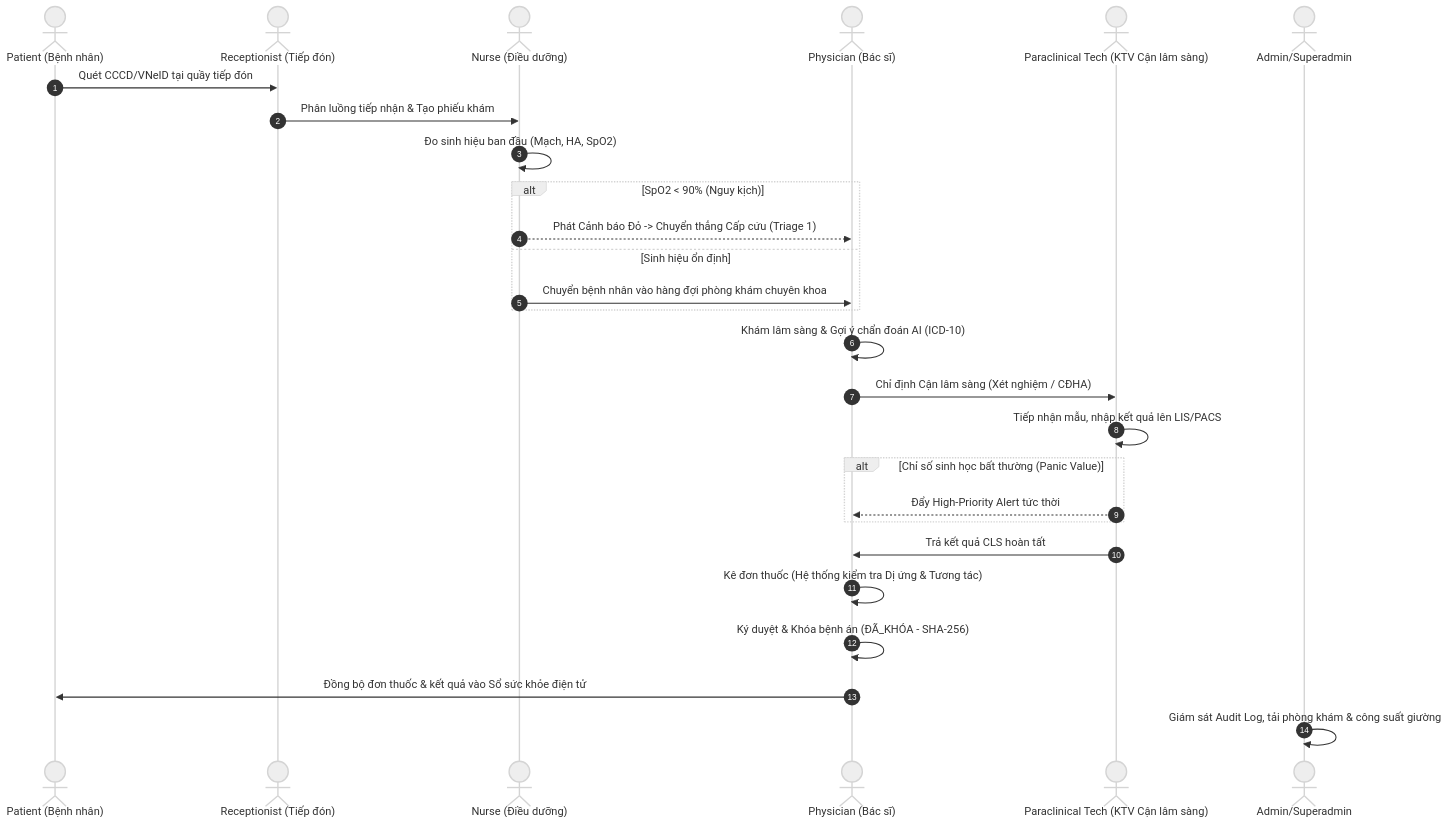
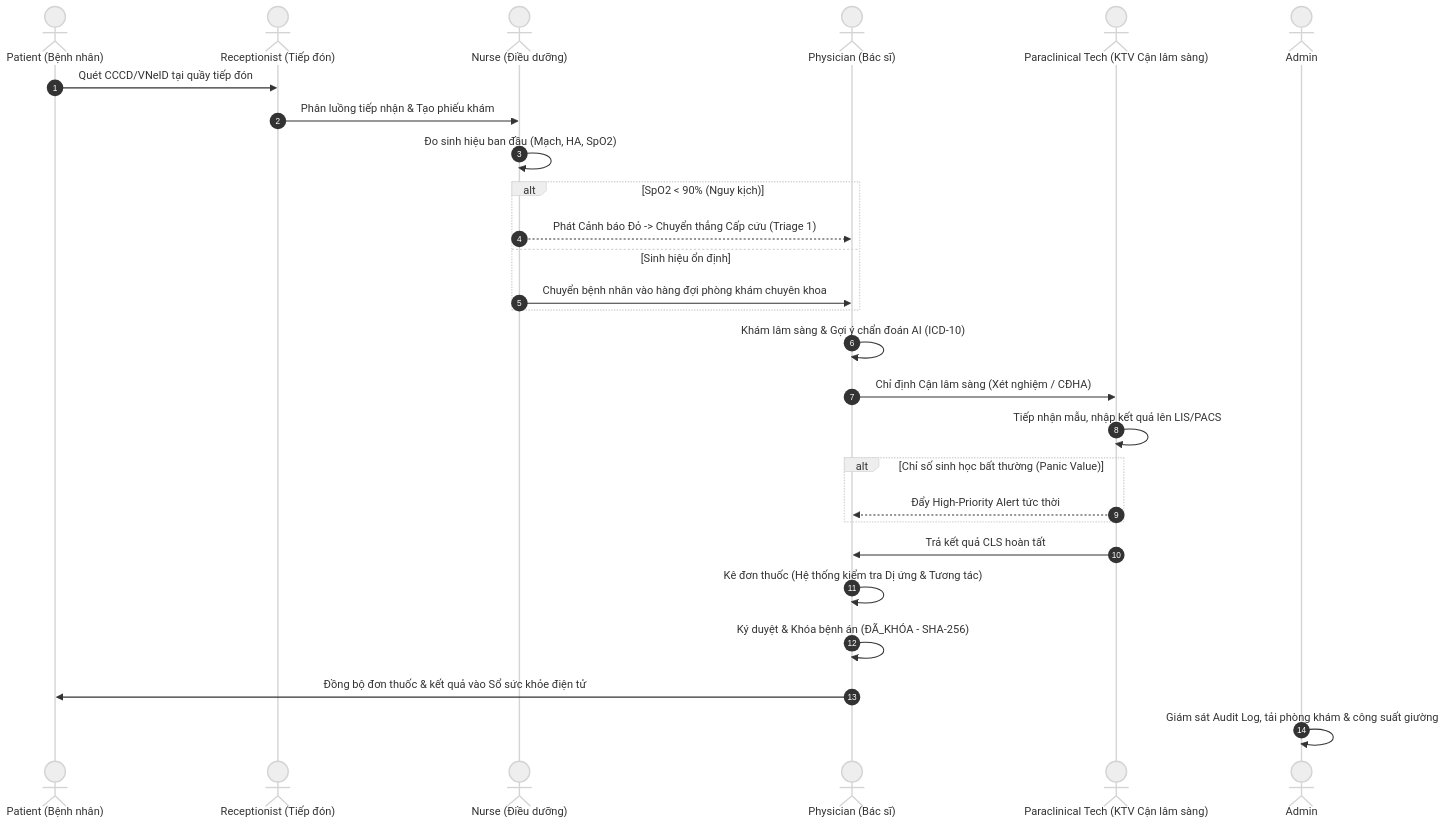
Before and after one commit to Team4-SE100-R14/Prototype: the diagram in src/imports/MASTER.md, drawn with Mermaid (neutral theme). The commit also changed other lines of this file, not shown here.

````diff
--- a/src/imports/MASTER.md
+++ b/src/imports/MASTER.md
@@ -44,30 +43,30 @@
 ```mermaid
 sequenceDiagram
     autonumber
     actor P as Patient (Bệnh nhân)
     actor R as Receptionist (Tiếp đón)
     actor N as Nurse (Điều dưỡng)
     actor DR as Physician (Bác sĩ)
     actor T as Paraclinical Tech (KTV Cận lâm sàng)
-    actor A as Admin/Superadmin
+    actor A as Admin
 
     P->>R: Quét CCCD/VNeID tại quầy tiếp đón
     R->>N: Phân luồng tiếp nhận & Tạo phiếu khám
     N->>N: Đo sinh hiệu ban đầu (Mạch, HA, SpO2)
     alt SpO2 < 90% (Nguy kịch)
         N-->>DR: Phát Cảnh báo Đỏ -> Chuyển thẳng Cấp cứu (Triage 1)
     else Sinh hiệu ổn định
         N->>DR: Chuyển bệnh nhân vào hàng đợi phòng khám chuyên khoa
     end
     DR->>DR: Khám lâm sàng & Gợi ý chẩn đoán AI (ICD-10)
     DR->>T: Chỉ định Cận lâm sàng (Xét nghiệm / CĐHA)
     T->>T: Tiếp nhận mẫu, nhập kết quả lên LIS/PACS
     alt Chỉ số sinh học bất thường (Panic Value)
         T-->>DR: Đẩy High-Priority Alert tức thời
     end
     T->>DR: Trả kết quả CLS hoàn tất
     DR->>DR: Kê đơn thuốc (Hệ thống kiểm tra Dị ứng & Tương tác)
     DR->>DR: Ký duyệt & Khóa bệnh án (ĐÃ_KHÓA - SHA-256)
     DR->>P: Đồng bộ đơn thuốc & kết quả vào Sổ sức khỏe điện tử
     A->>A: Giám sát Audit Log, tải phòng khám & công suất giường
 ```
````
